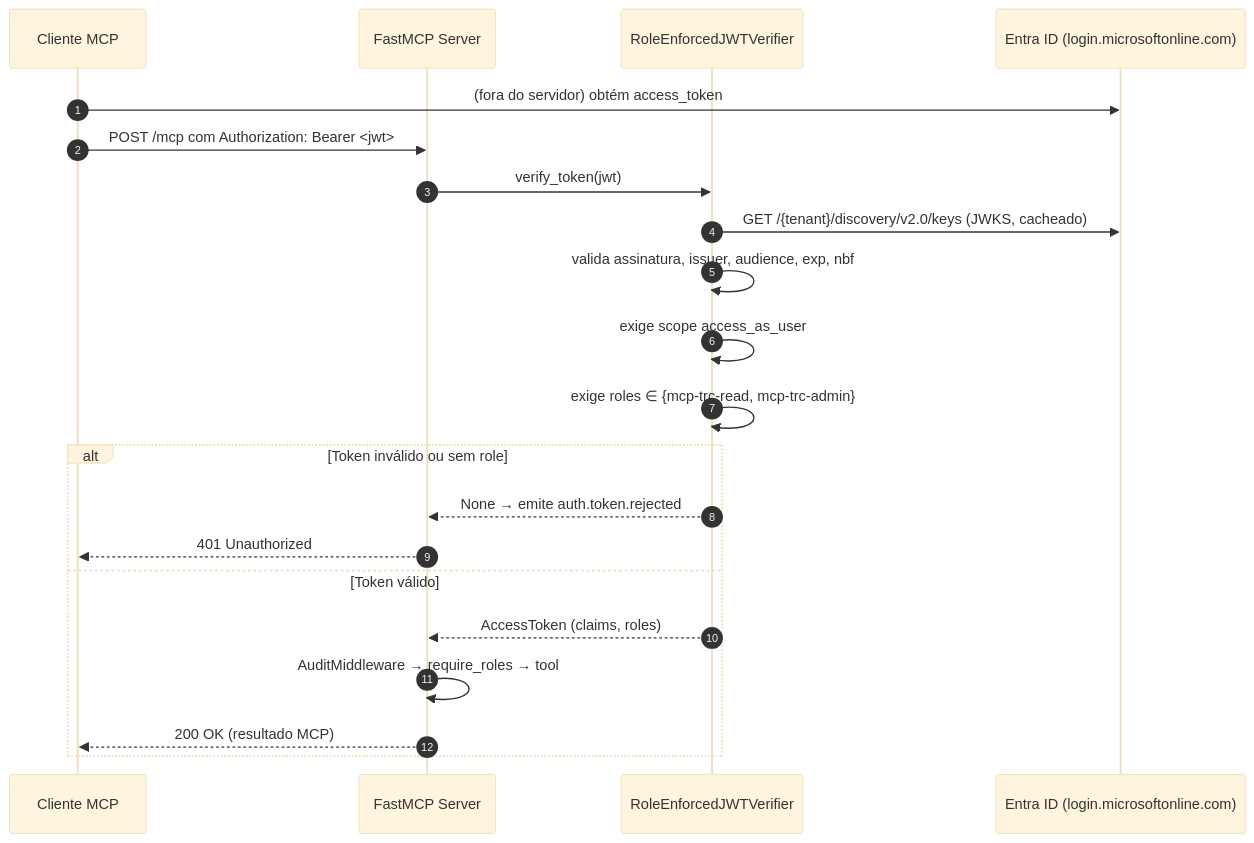
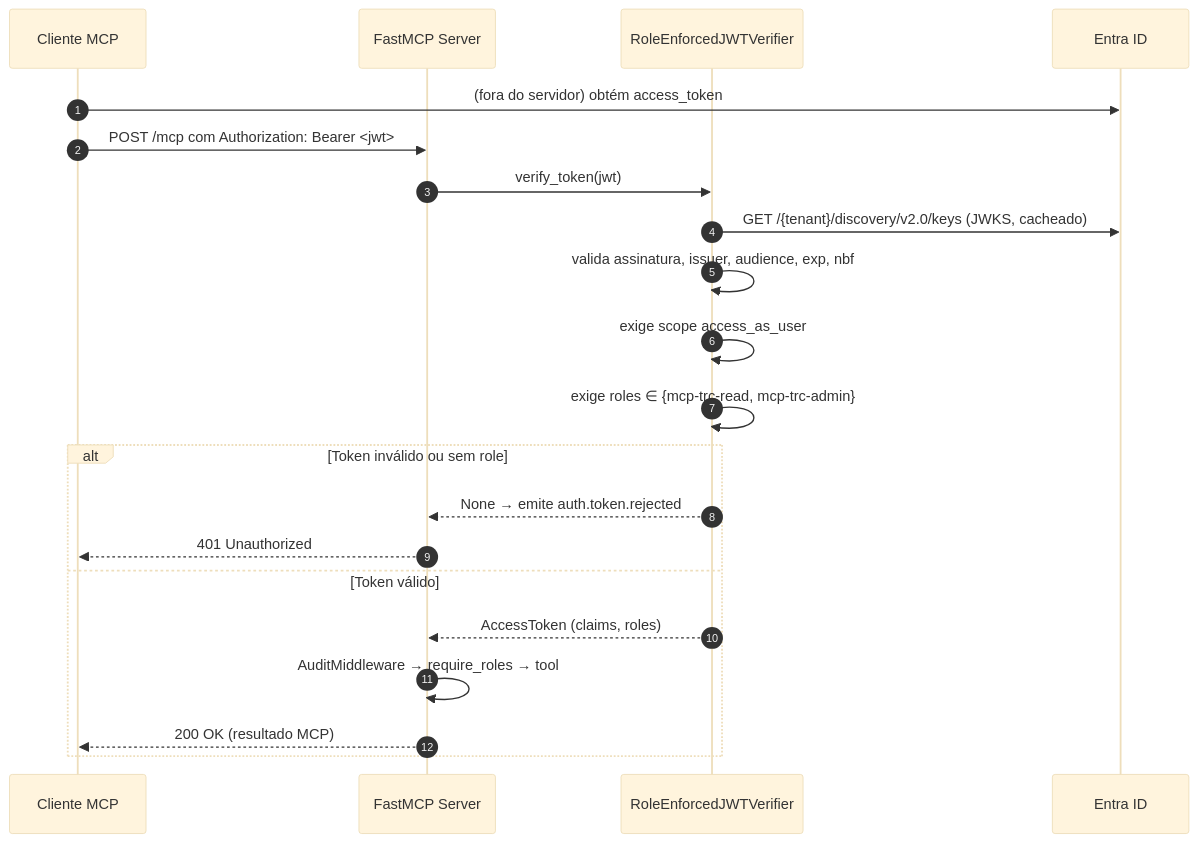
Before and after one commit to thiagorufino1/fastmcp-auth-entraid: the second of 3 diagrams in README.md, drawn with Mermaid (base theme). The commit also changed other lines of this file and 20 other files, not shown here.

````diff
--- a/README.md
+++ b/README.md
@@ -133,24 +135,24 @@
 ```mermaid
 sequenceDiagram
     autonumber
     participant Client as Cliente MCP
     participant MCP as FastMCP Server
     participant Verifier as RoleEnforcedJWTVerifier
-    participant Entra as Entra ID (login.microsoftonline.com)
+    participant Entra as Entra ID
 
     Client->>Entra: (fora do servidor) obtém access_token
     Client->>MCP: POST /mcp com Authorization: Bearer <jwt>
     MCP->>Verifier: verify_token(jwt)
     Verifier->>Entra: GET /{tenant}/discovery/v2.0/keys (JWKS, cacheado)
     Verifier->>Verifier: valida assinatura, issuer, audience, exp, nbf
     Verifier->>Verifier: exige scope access_as_user
     Verifier->>Verifier: exige roles ∈ {mcp-trc-read, mcp-trc-admin}
     alt Token inválido ou sem role
         Verifier-->>MCP: None  →  emite auth.token.rejected
         MCP-->>Client: 401 Unauthorized
     else Token válido
         Verifier-->>MCP: AccessToken (claims, roles)
         MCP->>MCP: AuditMiddleware → require_roles → tool
         MCP-->>Client: 200 OK (resultado MCP)
     end
 ```
````
